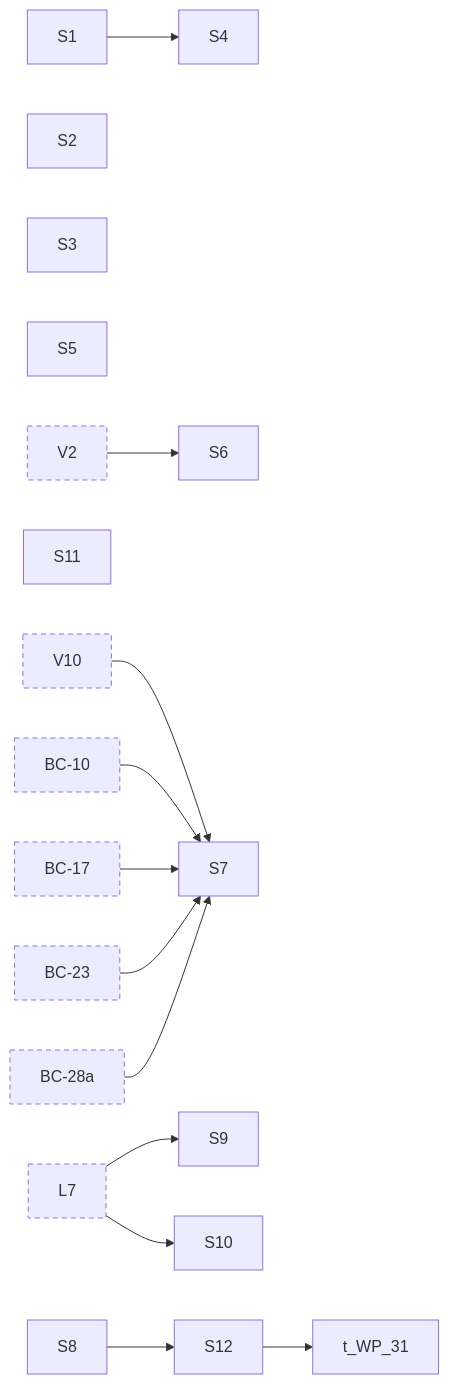
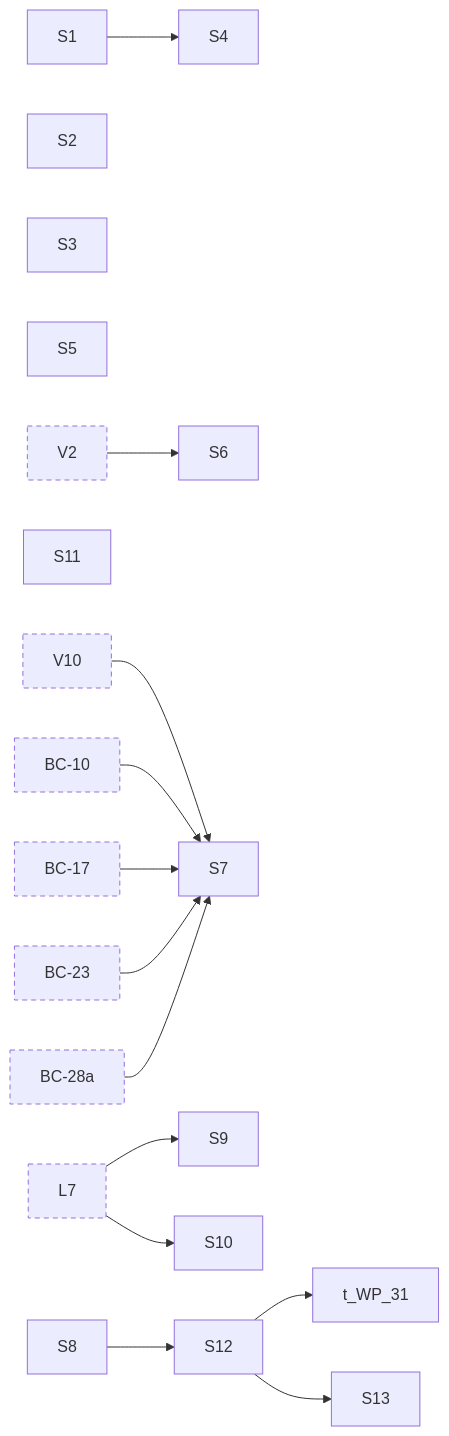
The second of 11 diagrams in docs/superpowers/plans/2026-10-13-phase-2/dependencies.md (jhoblitt/rgw-go), drawn with Mermaid before and after one commit. The commit also changed other lines of this file and 2 other files, not shown here.

Commit message:
docs(plan): add task S13 from S12's adversarial review
S12's adversarial review found that CopyObject and CreateMultipartUpload
evaluate s3:PutObject without the request's s3:x-amz-acl, s3:x-amz-grant-*
and request-tag condition keys, in radosgw and in rgw-go, so a bucket
policy conditioning s3:PutObject on them binds a PutObject alone. S13 adds
the keys for the two operations.

The same review found that the in-memory store applies a copy's
x-amz-tagging over the source's tags under the default directive, where
the RADOS driver and radosgw keep the source's. WP-31, which owns the
directive, now covers it.

````diff
--- a/docs/superpowers/plans/2026-10-13-phase-2/dependencies.md
+++ b/docs/superpowers/plans/2026-10-13-phase-2/dependencies.md
@@ -55,53 +55,56 @@
 ```mermaid
 flowchart LR
   t_S1["S1"]
   t_S2["S2"]
   t_S3["S3"]
   t_S4["S4"]
   t_S5["S5"]
   t_S6["S6"]
   t_S7["S7"]
   t_S8["S8"]
   t_S9["S9"]
   t_S10["S10"]
   t_S11["S11"]
   t_S12["S12"]
+  t_S13["S13"]
   t_V2["V2"]:::ext
   t_V10["V10"]:::ext
   t_BC_10["BC-10"]:::ext
   t_BC_17["BC-17"]:::ext
   t_BC_23["BC-23"]:::ext
   t_BC_28a["BC-28a"]:::ext
   t_L7["L7"]:::ext
   t_S1 --> t_S4
   t_V2 --> t_S6
   t_V10 --> t_S7
   t_BC_10 --> t_S7
   t_BC_17 --> t_S7
   t_BC_23 --> t_S7
   t_BC_28a --> t_S7
   t_L7 --> t_S9
   t_L7 --> t_S10
   t_S8 --> t_S12
   t_S12 --> t_WP_31
+  t_S12 --> t_S13
   click t_S1 href "https://github.com/jhoblitt/rgw-go/blob/main/docs/superpowers/plans/2026-10-13-phase-2/00-index.md#task-s1-fakeradoss-rgw-class-as-method-tables" "S1: fakerados's rgw class as method tables"
   click t_S2 href "https://github.com/jhoblitt/rgw-go/blob/main/docs/superpowers/plans/2026-10-13-phase-2/00-index.md#task-s2-route-sets-per-feature-and-the-env-slots" "S2: route sets per feature and the Env slots"
   click t_S3 href "https://github.com/jhoblitt/rgw-go/blob/main/docs/superpowers/plans/2026-10-13-phase-2/00-index.md#task-s3-one-aws-correct-ispublic" "S3: one AWS-correct IsPublic"
   click t_S4 href "https://github.com/jhoblitt/rgw-go/blob/main/docs/superpowers/plans/2026-10-13-phase-2/00-index.md#task-s4-fakerados-refuses-an-unregistered-class-method-at-op-setup" "S4: fakerados refuses an unregistered class method at op setup"
   click t_S5 href "https://github.com/jhoblitt/rgw-go/blob/main/docs/superpowers/plans/2026-10-13-phase-2/00-index.md#task-s5-ignorepublicacls-ignores-swifts-public-container-grants" "S5: IgnorePublicAcls ignores Swift's public container grants"
   click t_S6 href "https://github.com/jhoblitt/rgw-go/blob/main/docs/superpowers/plans/2026-10-13-phase-2/00-index.md#task-s6-one-choose_from" "S6: one choose_from"
   click t_S7 href "https://github.com/jhoblitt/rgw-go/blob/main/docs/superpowers/plans/2026-10-13-phase-2/00-index.md#task-s7-one-schema-scanner-for-s3-xml-request-bodies" "S7: one schema scanner for S3 XML request bodies"
   click t_S8 href "https://github.com/jhoblitt/rgw-go/blob/main/docs/superpowers/plans/2026-10-13-phase-2/00-index.md#task-s8-a-deny-that-names-notaction-refuses-every-action-it-does-not-name" "S8: a Deny that names NotAction refuses every action it does not name"
   click t_S9 href "https://github.com/jhoblitt/rgw-go/blob/main/docs/superpowers/plans/2026-10-13-phase-2/00-index.md#task-s9-a-denys-condition-holds-where-amazon-s3s-or-radosgws-evaluation-holds" "S9: a Deny's condition holds where Amazon S3's or radosgw's evaluation holds"
   click t_S10 href "https://github.com/jhoblitt/rgw-go/blob/main/docs/superpowers/plans/2026-10-13-phase-2/00-index.md#task-s10-a-denys-condition-key-names-match-without-regard-to-case" "S10: a Deny's condition key names match without regard to case"
   click t_S11 href "https://github.com/jhoblitt/rgw-go/blob/main/docs/superpowers/plans/2026-10-13-phase-2/00-index.md#task-s11-a-bound-on-an-xml-request-bodys-elements-and-depth" "S11: a bound on an XML request body's elements and depth"
   click t_S12 href "https://github.com/jhoblitt/rgw-go/blob/main/docs/superpowers/plans/2026-10-13-phase-2/00-index.md#task-s12-the-object-writes-authorize-the-acl-and-tags-they-set-as-amazon-s3-does" "S12: the object writes authorize the ACL and tags they set as Amazon S3 does"
+  click t_S13 href "https://github.com/jhoblitt/rgw-go/blob/main/docs/superpowers/plans/2026-10-13-phase-2/00-index.md#task-s13-copyobject-and-createmultipartupload-evaluate-s3putobject-with-the-acl-and-tag-condition-keys" "S13: CopyObject and CreateMultipartUpload evaluate s3:PutObject with the ACL and tag condition keys"
   click t_V2 href "https://github.com/jhoblitt/rgw-go/blob/main/docs/superpowers/plans/2026-10-13-phase-2/V-versioning.md#task-v2-meta-olh-head-types-and-bucket-helpers" "V2: meta OLH head types and bucket helpers"
   click t_V10 href "https://github.com/jhoblitt/rgw-go/blob/main/docs/superpowers/plans/2026-10-13-phase-2/V-versioning.md#task-v10-op-and-s3-putbucketversioning-and-getbucketversioning" "V10: op and s3, PutBucketVersioning and GetBucketVersioning"
   click t_BC_10 href "https://github.com/jhoblitt/rgw-go/blob/main/docs/superpowers/plans/2026-10-13-phase-2/B-bucket-config.md#task-bc-10-website-semantics-and-xml" "BC-10: Website semantics and XML"
   click t_BC_17 href "https://github.com/jhoblitt/rgw-go/blob/main/docs/superpowers/plans/2026-10-13-phase-2/B-bucket-config.md#task-bc-17-block-xml" "BC-17: Block XML"
   click t_BC_23 href "https://github.com/jhoblitt/rgw-go/blob/main/docs/superpowers/plans/2026-10-13-phase-2/B-bucket-config.md#task-bc-23-encryption-configuration-type" "BC-23: Encryption configuration type"
   click t_BC_28a href "https://github.com/jhoblitt/rgw-go/blob/main/docs/superpowers/plans/2026-10-13-phase-2/B-bucket-config.md#task-bc-28a-ownership-type" "BC-28a: Ownership type"
   click t_L7 href "https://github.com/jhoblitt/rgw-go/blob/main/docs/superpowers/plans/2026-10-13-phase-2/L-object-lock.md#task-l7-a-policys-object-lock-condition-keys-constrain-the-lock-a-request-sets" "L7: a policy's object-lock condition keys constrain the lock a request sets"
   classDef ext stroke-dasharray: 5 4
 ```
````
